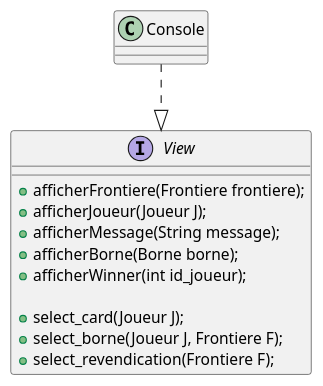
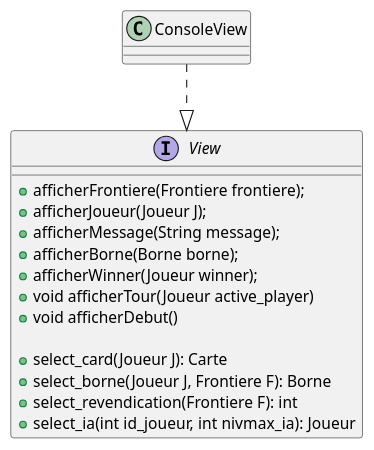
The diagram in src/diagrams/view.puml (Pagatok/pg220), drawn with PlantUML before and after one commit. The commit also changed 11 other files, not shown here.

Commit message:
Mise à jour des diagrammes de description des classes

```diff
--- a/src/diagrams/view.puml
+++ b/src/diagrams/view.puml
@@ -1,21 +1,24 @@
 @startuml view
 
 interface View{
     + afficherFrontiere(Frontiere frontiere);
     + afficherJoueur(Joueur J);
     + afficherMessage(String message);
     + afficherBorne(Borne borne);
-    + afficherWinner(int id_joueur);
+    + afficherWinner(Joueur winner);
+    + void afficherTour(Joueur active_player)
+    + void afficherDebut()
 
-    + select_card(Joueur J);
-    + select_borne(Joueur J, Frontiere F);
-    + select_revendication(Frontiere F);
+    + select_card(Joueur J): Carte
+    + select_borne(Joueur J, Frontiere F): Borne
+    + select_revendication(Frontiere F): int
+    + select_ia(int id_joueur, int nivmax_ia): Joueur
 }
 
-class Console{
+class ConsoleView{
 
 }
 
-Console ..|> View
+ConsoleView ..|> View
 
 @enduml
```
